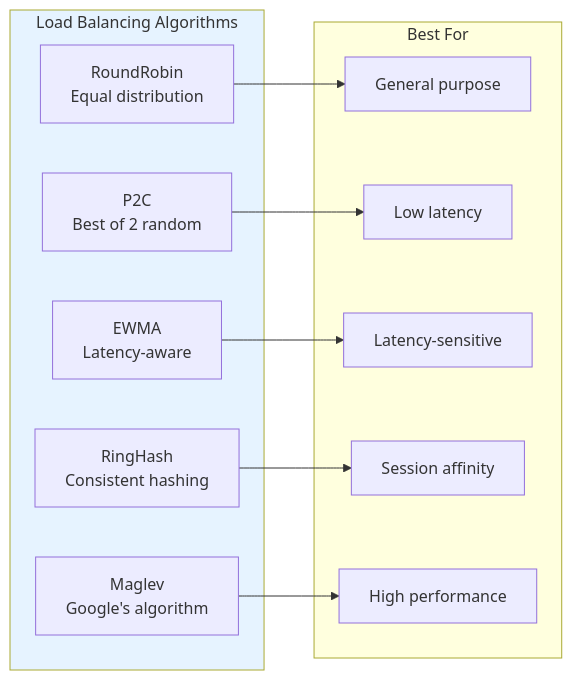
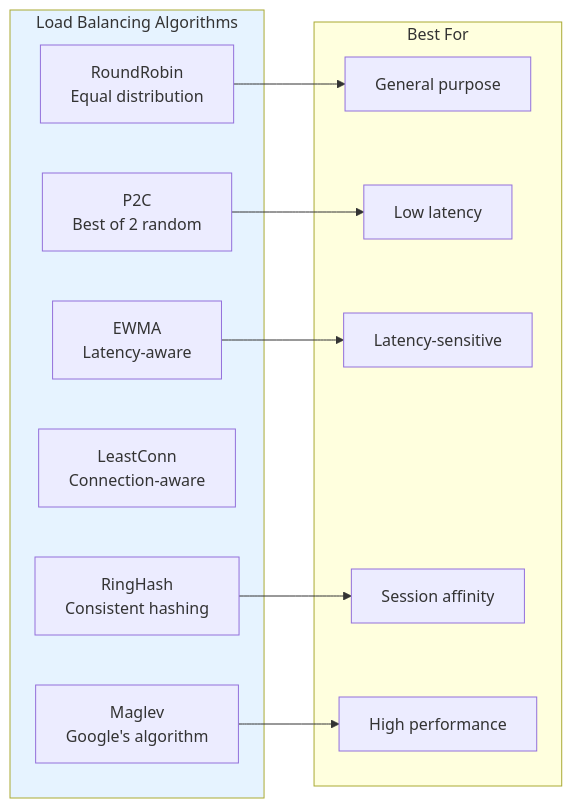
One commit to azrtydxb/novaedge changed the fourth of 5 diagrams in docs/reference/crd-reference.md. Above: the diagram before and after it, drawn with Mermaid. The commit also changed other lines of this file and 25 other files, not shown here.

````diff
--- a/docs/reference/crd-reference.md
+++ b/docs/reference/crd-reference.md
@@ -830,26 +839,27 @@
 ```mermaid
 flowchart LR
     subgraph Algorithms["Load Balancing Algorithms"]
         RR["RoundRobin<br/>Equal distribution"]
         P2C["P2C<br/>Best of 2 random"]
         EWMA["EWMA<br/>Latency-aware"]
+        LC["LeastConn<br/>Connection-aware"]
         RH["RingHash<br/>Consistent hashing"]
         MAG["Maglev<br/>Google's algorithm"]
     end
 
     subgraph UseCase["Best For"]
         UC1["General purpose"]
         UC2["Low latency"]
         UC3["Latency-sensitive"]
         UC4["Session affinity"]
         UC5["High performance"]
     end
 
     RR --> UC1
     P2C --> UC2
     EWMA --> UC3
     RH --> UC4
     MAG --> UC5
 
     style Algorithms fill:#e6f3ff
 ```
````
